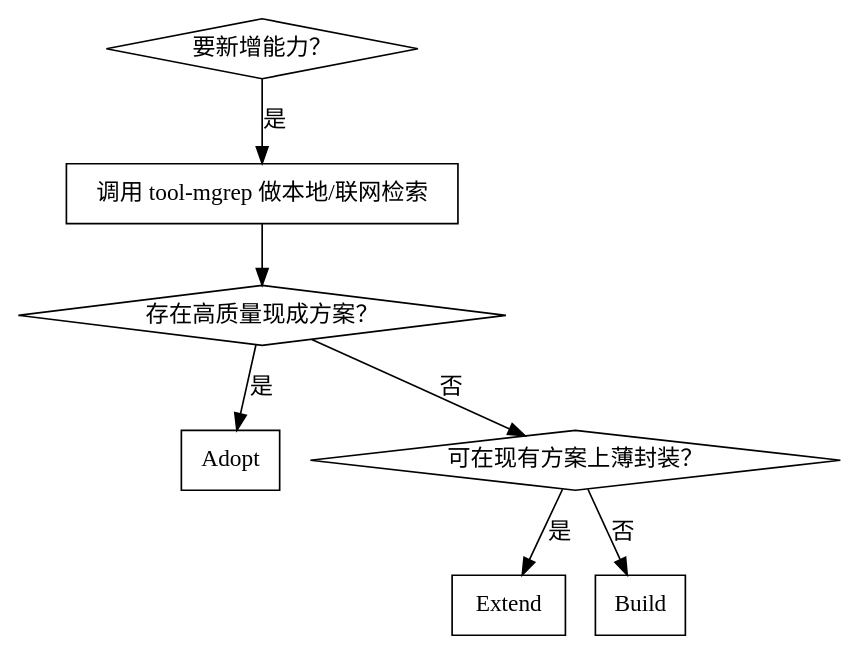
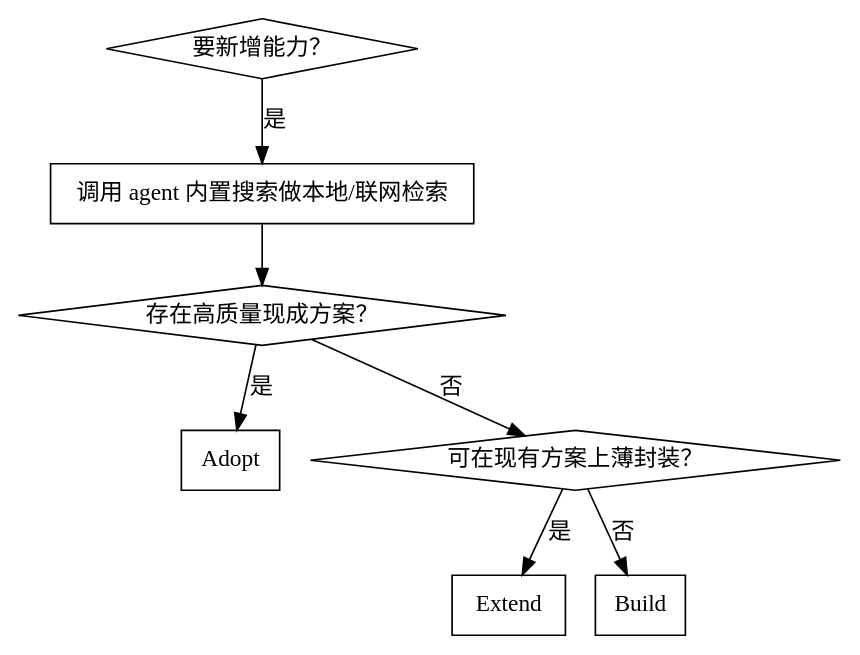
One commit to moyueheng/coding-everything changed the diagram in kimi/skills/dev-search-first/SKILL.md. Above: the diagram before and after it, drawn with Graphviz. The commit also changed other lines of this file and 8 other files, not shown here.

Commit message:
refactor(kimi): remove tool-mgrep skill

````diff
--- a/kimi/skills/dev-search-first/SKILL.md
+++ b/kimi/skills/dev-search-first/SKILL.md
@@ -36,18 +36,18 @@
 ```dot
 digraph search_first {
     "要新增能力？" [shape=diamond];
-    "调用 tool-mgrep 做本地/联网检索" [shape=box];
+    "调用 agent 内置搜索做本地/联网检索" [shape=box];
     "存在高质量现成方案？" [shape=diamond];
     "Adopt" [shape=box];
     "可在现有方案上薄封装？" [shape=diamond];
     "Extend" [shape=box];
     "Build" [shape=box];
 
-    "要新增能力？" -> "调用 tool-mgrep 做本地/联网检索" [label="是"];
-    "调用 tool-mgrep 做本地/联网检索" -> "存在高质量现成方案？";
+    "要新增能力？" -> "调用 agent 内置搜索做本地/联网检索" [label="是"];
+    "调用 agent 内置搜索做本地/联网检索" -> "存在高质量现成方案？";
     "存在高质量现成方案？" -> "Adopt" [label="是"];
     "存在高质量现成方案？" -> "可在现有方案上薄封装？" [label="否"];
     "可在现有方案上薄封装？" -> "Extend" [label="是"];
     "可在现有方案上薄封装？" -> "Build" [label="否"];
 }
 ```
````
